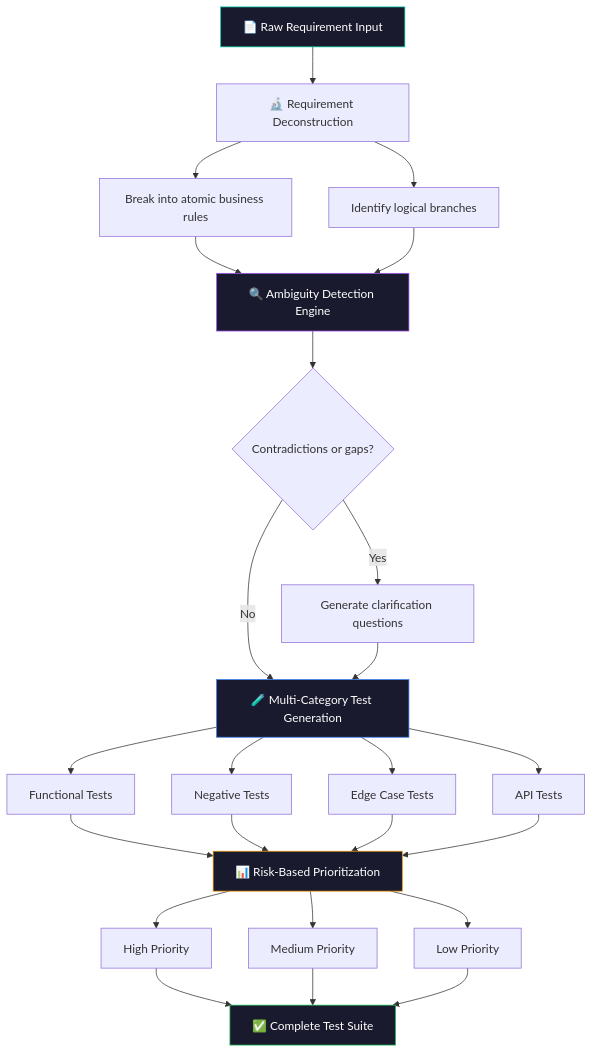
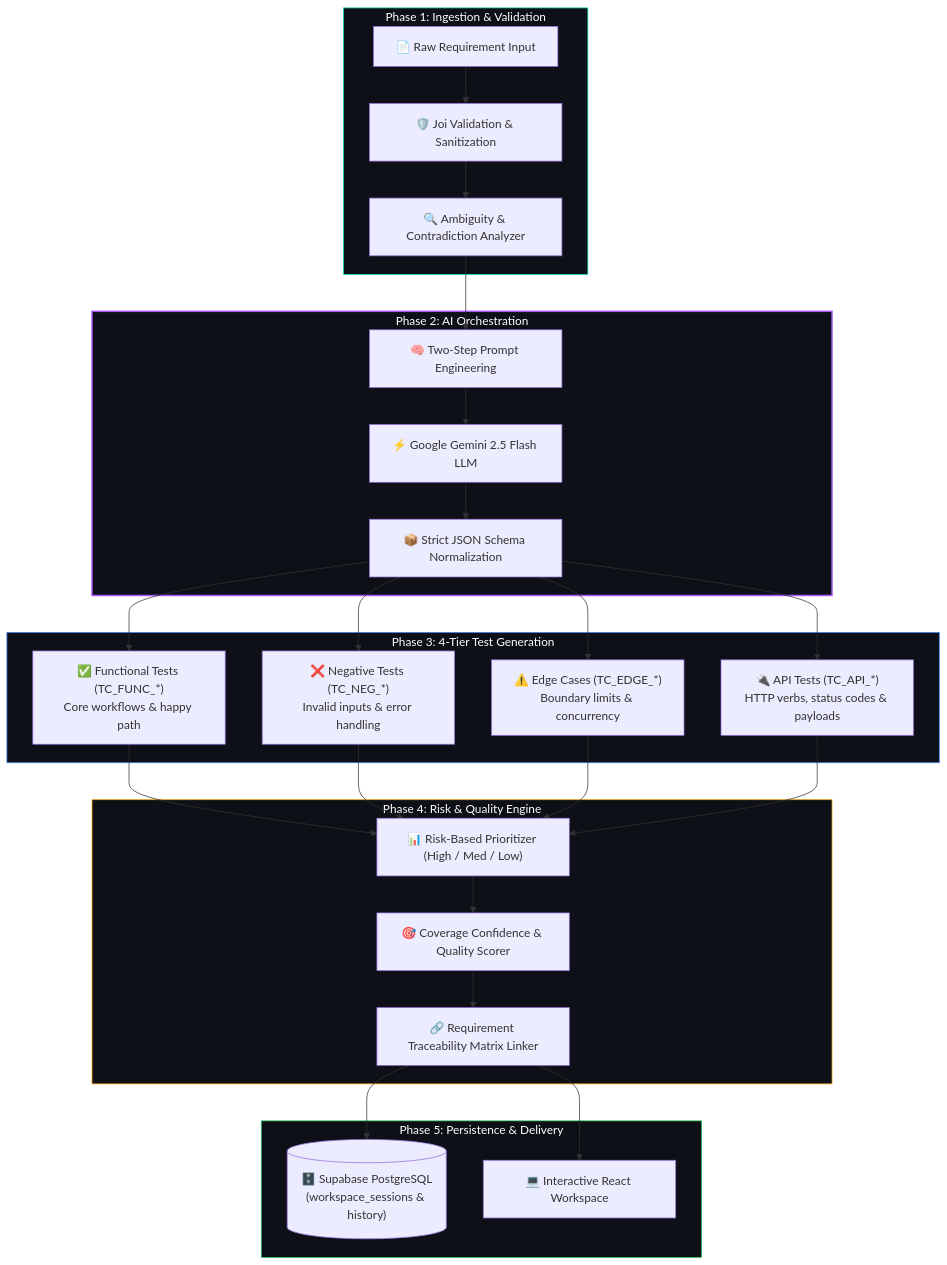
One commit to KISHOR403/Testnexa-Ai changed the second of 3 diagrams in README.md. Above: the diagram before and after it, drawn with Mermaid. The commit also changed other lines of this file and 2 other files, not shown here.

Commit message:
docs: add granular step-by-step walkthroughs, real-world examples, and pipeline details

````diff
--- a/README.md
+++ b/README.md
@@ -67,32 +86,37 @@
 ```mermaid
 flowchart TD
-    A["📄 Raw Requirement Input"] --> B["🔬 Requirement Deconstruction"]
-    B --> C["Break into atomic business rules"]
-    B --> D["Identify logical branches"]
-    C --> E["🔍 Ambiguity Detection Engine"]
-    D --> E
-    E --> F{"Contradictions or gaps?"}
-    F -->|Yes| G["Generate clarification questions"]
-    F -->|No| H["🧪 Multi-Category Test Generation"]
-    G --> H
-    H --> I["Functional Tests"]
-    H --> J["Negative Tests"]
-    H --> K["Edge Case Tests"]
-    H --> L["API Tests"]
-    I --> M["📊 Risk-Based Prioritization"]
-    J --> M
-    K --> M
-    L --> M
-    M --> N["High Priority"]
-    M --> O["Medium Priority"]
-    M --> P["Low Priority"]
-    N --> Q["✅ Complete Test Suite"]
-    O --> Q
-    P --> Q
+    subgraph Ingestion["Phase 1: Ingestion & Validation"]
+        A["📄 Raw Requirement Input"] --> B["🛡️ Joi Validation & Sanitization"]
+        B --> C["🔍 Ambiguity & Contradiction Analyzer"]
+    end
 
-    style A fill:#1a1a2e,stroke:#00d4aa,color:#fff
-    style E fill:#1a1a2e,stroke:#a855f7,color:#fff
-    style H fill:#1a1a2e,stroke:#3b82f6,color:#fff
-    style M fill:#1a1a2e,stroke:#f59e0b,color:#fff
-    style Q fill:#1a1a2e,stroke:#22c55e,color:#fff
+    subgraph Intelligence["Phase 2: AI Orchestration"]
+        C --> D["🧠 Two-Step Prompt Engineering"]
+        D --> E["⚡ Google Gemini 2.5 Flash LLM"]
+        E --> F["📦 Strict JSON Schema Normalization"]
+    end
+
+    subgraph Categorization["Phase 3: 4-Tier Test Generation"]
+        F --> G1["✅ Functional Tests (TC_FUNC_*)<br/>Core workflows & happy path"]
+        F --> G2["❌ Negative Tests (TC_NEG_*)<br/>Invalid inputs & error handling"]
+        F --> G3["⚠️ Edge Cases (TC_EDGE_*)<br/>Boundary limits & concurrency"]
+        F --> G4["🔌 API Tests (TC_API_*)<br/>HTTP verbs, status codes & payloads"]
+    end
+
+    subgraph Quality["Phase 4: Risk & Quality Engine"]
+        G1 & G2 & G3 & G4 --> H["📊 Risk-Based Prioritizer (High / Med / Low)"]
+        H --> I["🎯 Coverage Confidence & Quality Scorer"]
+        I --> J["🔗 Requirement Traceability Matrix Linker"]
+    end
+
+    subgraph Output["Phase 5: Persistence & Delivery"]
+        J --> K[("🗄️ Supabase PostgreSQL<br/>(workspace_sessions & history)")]
+        J --> L["💻 Interactive React Workspace"]
+    end
+
+    style Ingestion fill:#0d1117,stroke:#00d4aa,color:#fff
+    style Intelligence fill:#0d1117,stroke:#a855f7,stroke-width:2px,color:#fff
+    style Categorization fill:#0d1117,stroke:#3b82f6,color:#fff
+    style Quality fill:#0d1117,stroke:#f59e0b,color:#fff
+    style Output fill:#0d1117,stroke:#22c55e,color:#fff
 ```
````
